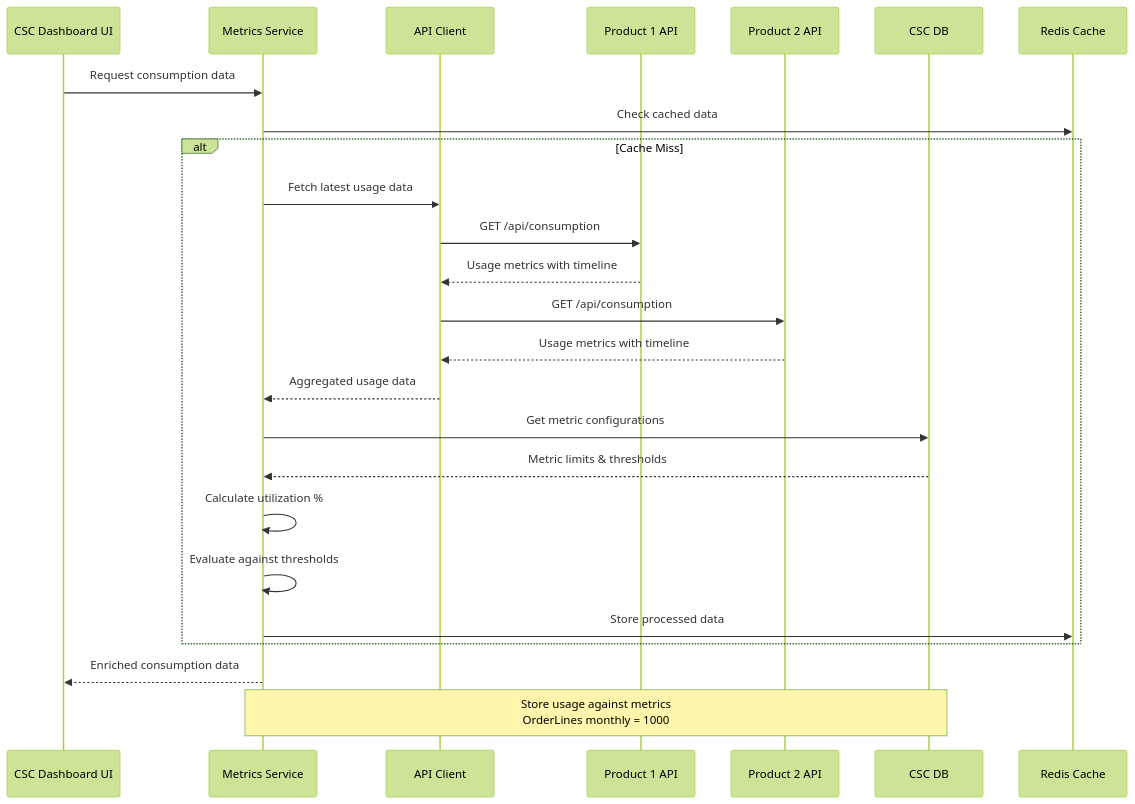
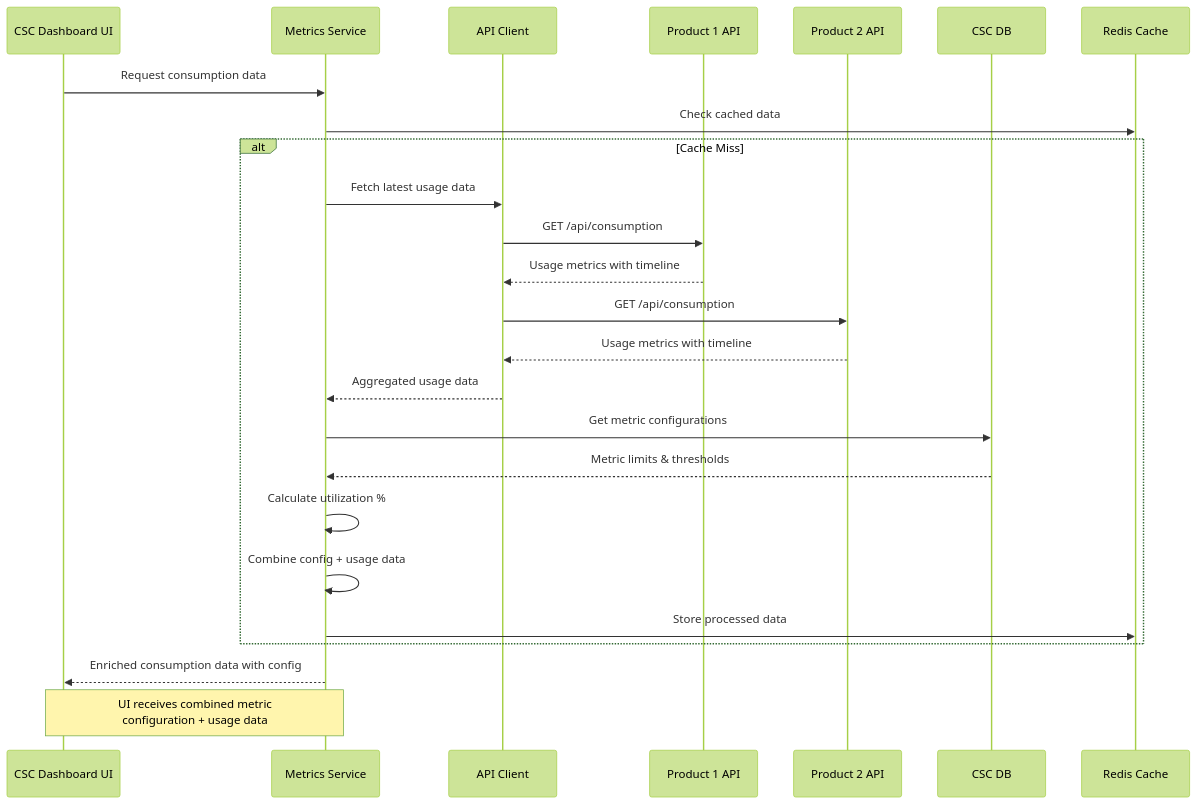
Before and after one commit to Ktiwari21/assistant_manager: the second of 3 diagrams in .kiro/specs/product-consumption-dashboard/design.md, drawn with Mermaid (forest theme). The commit also changed other lines of this file and 1 other file, not shown here.

````diff
--- a/.kiro/specs/product-consumption-dashboard/design.md
+++ b/.kiro/specs/product-consumption-dashboard/design.md
@@ -67,33 +81,33 @@
 ```mermaid
 sequenceDiagram
     participant UI as CSC Dashboard UI
     participant MS as Metrics Service
     participant AC as API Client
     participant P1 as Product 1 API
     participant P2 as Product 2 API
     participant DB as CSC DB
     participant Cache as Redis Cache
     
     UI->>MS: Request consumption data
     MS->>Cache: Check cached data
     
     alt Cache Miss
         MS->>AC: Fetch latest usage data
         AC->>P1: GET /api/consumption
         P1-->>AC: Usage metrics with timeline
         AC->>P2: GET /api/consumption  
         P2-->>AC: Usage metrics with timeline
         AC-->>MS: Aggregated usage data
         
         MS->>DB: Get metric configurations
         DB-->>MS: Metric limits & thresholds
         
         MS->>MS: Calculate utilization %
-        MS->>MS: Evaluate against thresholds
+        MS->>MS: Combine config + usage data
         MS->>Cache: Store processed data
     end
     
-    MS-->>UI: Enriched consumption data
+    MS-->>UI: Enriched consumption data with config
     
-    Note over MS,DB: Store usage against metrics<br/>OrderLines monthly = 1000
+    Note over MS,UI: UI receives combined metric<br/>configuration + usage data
 ```
````
